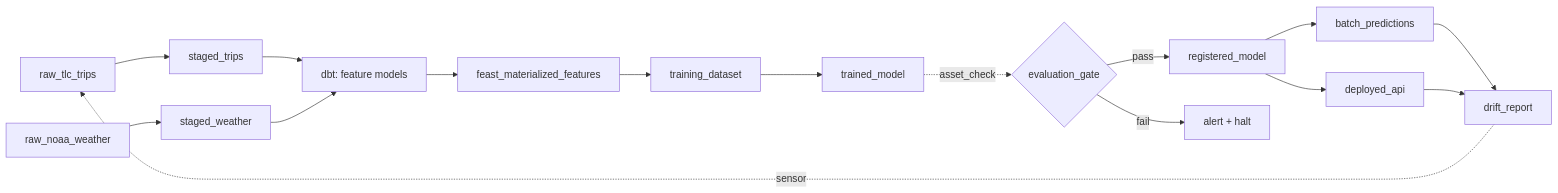
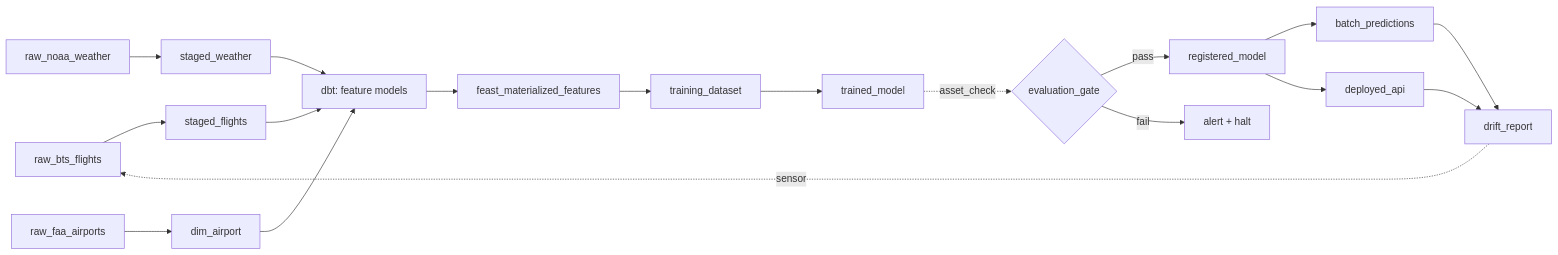
The diagram in PLAN.md (scarlson1/ml-training-orchestrator), drawn with Mermaid before and after one commit. The commit also changed other lines of this file, not shown here.

Commit message:
BTS data option

````diff
--- a/PLAN.md
+++ b/PLAN.md
@@ -365,18 +390,20 @@
 ```mermaid
 graph LR
-    A[raw_tlc_trips] --> B[staged_trips]
+    A[raw_bts_flights] --> B[staged_flights]
     C[raw_noaa_weather] --> D[staged_weather]
+    AA[raw_faa_airports] --> DA[dim_airport]
     B --> E[dbt: feature models]
     D --> E
+    DA --> E
     E --> F[feast_materialized_features]
     F --> G[training_dataset]
     G --> H[trained_model]
     H -.asset_check.-> I{evaluation_gate}
     I -->|pass| J[registered_model]
     I -->|fail| K[alert + halt]
     J --> L[batch_predictions]
     J --> M[deployed_api]
     L --> N[drift_report]
     M --> N
     N -.sensor.-> A
 ```
````
